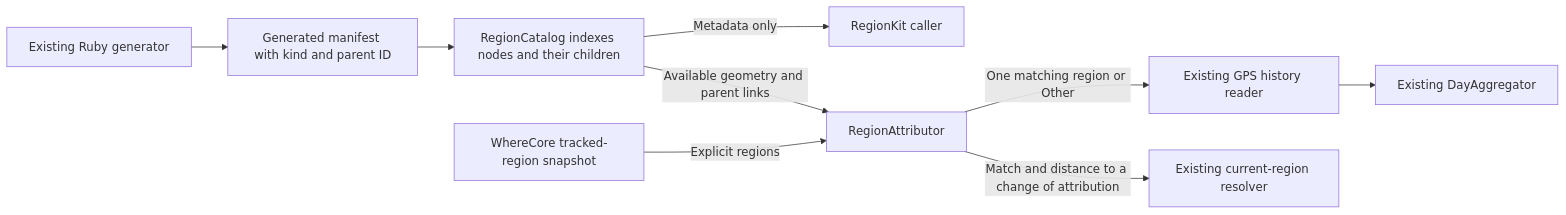
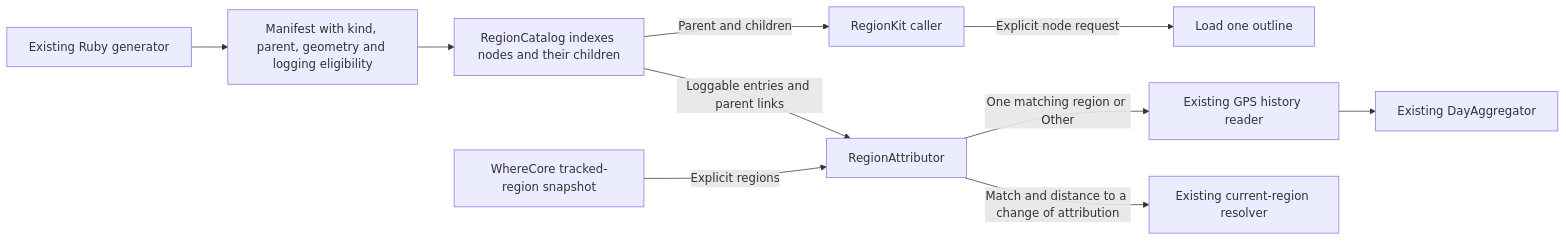
One commit to kyleve/Stuff changed the diagram in Plans/2026-11-22-north-american-regions/01-region-hierarchy.md. Above: the diagram before and after it, drawn with Mermaid. The commit also changed other lines of this file and 3 other files, not shown here.

First line of the commit message:
docs(where): require an outline for every country in RegionKit

````diff
--- a/Plans/2026-11-22-north-american-regions/01-region-hierarchy.md
+++ b/Plans/2026-11-22-north-american-regions/01-region-hierarchy.md
@@ -26,11 +26,12 @@
 ```mermaid
 flowchart LR
-    Generator["Existing Ruby generator"] --> Manifest["Generated manifest with kind and parent ID"]
+    Generator["Existing Ruby generator"] --> Manifest["Manifest with kind, parent, geometry and logging eligibility"]
     Manifest --> Catalog["RegionCatalog indexes nodes and their children"]
-    Catalog -->|Metadata only| Caller["RegionKit caller"]
-    Catalog -->|Available geometry and parent links| Lookup["RegionAttributor"]
+    Catalog -->|Parent and children| Caller["RegionKit caller"]
+    Caller -->|Explicit node request| Outline["Load one outline"]
+    Catalog -->|Loggable entries and parent links| Lookup["RegionAttributor"]
     Tracked["WhereCore tracked-region snapshot"] -->|Explicit regions| Lookup
     Lookup -->|One matching region or Other| History["Existing GPS history reader"]
     History --> Day["Existing DayAggregator"]
     Lookup -->|Match and distance to a change of attribution| Confidence["Existing current-region resolver"]
 ```
````
